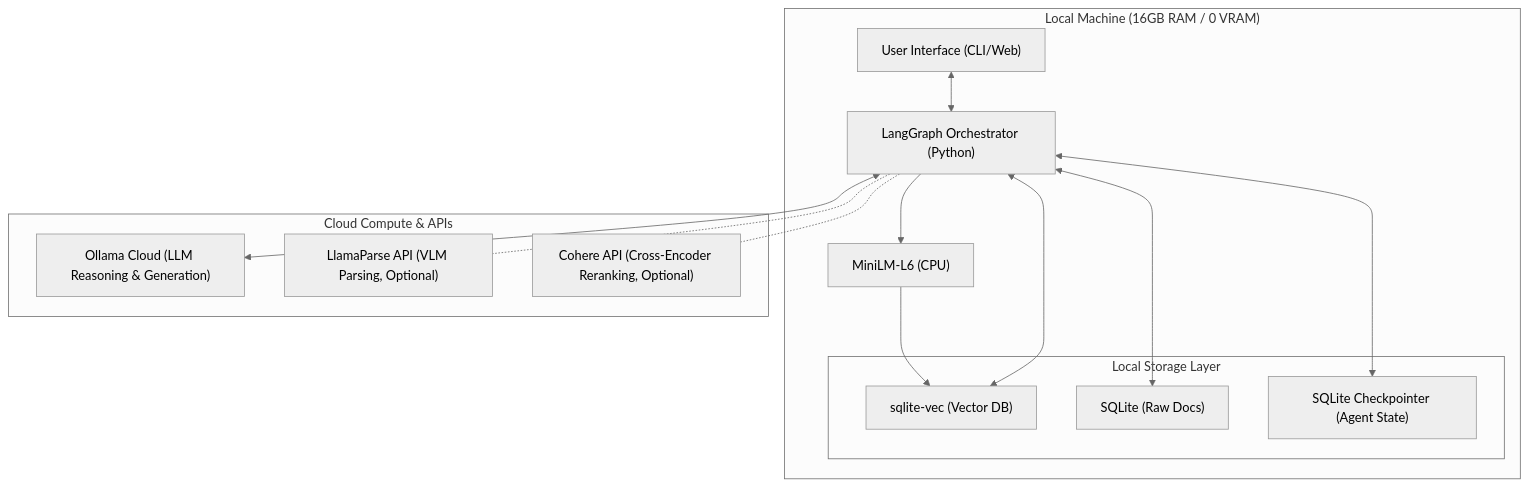
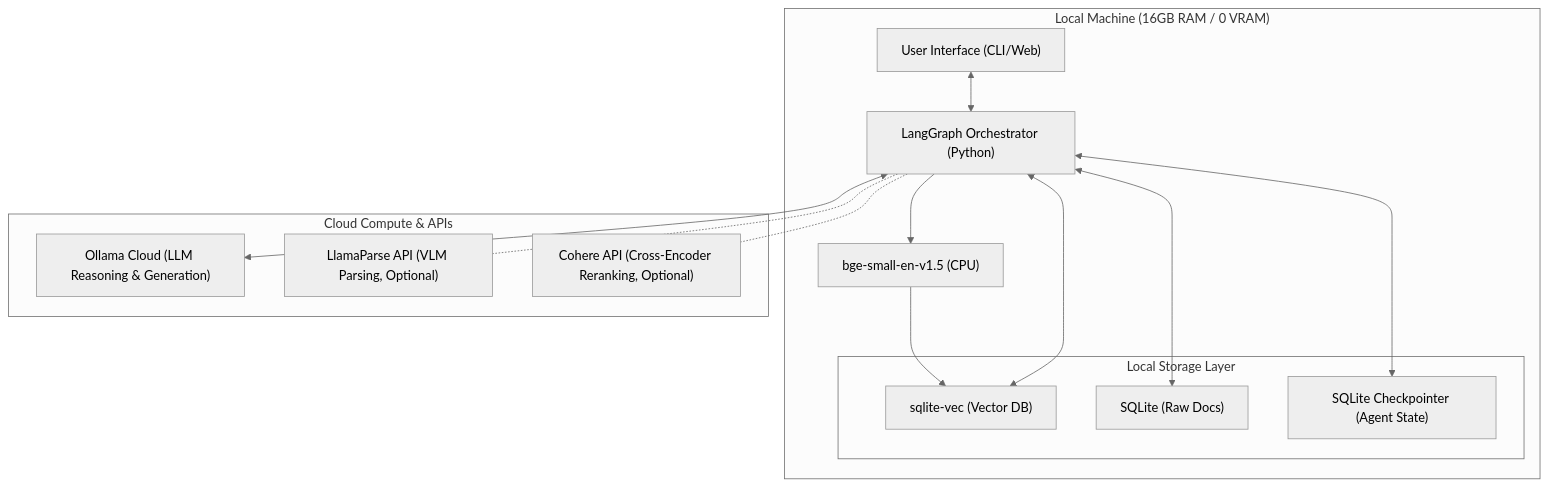
One commit to dpsdagain/RAG changed the diagram in README.md. Above: the diagram before and after it, drawn with Mermaid (neutral theme). The commit also changed other lines of this file and 5 other files, not shown here.

Commit message:
docs: update architecture to bge-small-en-v1.5 and refine reranker flow

````diff
--- a/README.md
+++ b/README.md
@@ -29,31 +29,31 @@
 ```mermaid
 graph TD
     subgraph "Local Machine (16GB RAM / 0 VRAM)"
         UI["User Interface (CLI/Web)"]
         Orchestrator["LangGraph Orchestrator (Python)"]
-        LocalEmbed["MiniLM-L6 (CPU)"]
+        LocalEmbed["bge-small-en-v1.5 (CPU)"]
         
         subgraph "Local Storage Layer"
             VecDB["sqlite-vec (Vector DB)"]
             DocStore["SQLite (Raw Docs)"]
             StateDB["SQLite Checkpointer (Agent State)"]
         end
     end
 
     subgraph "Cloud Compute & APIs"
         Ollama["Ollama Cloud (LLM Reasoning & Generation)"]
         LlamaParse["LlamaParse API (VLM Parsing, Optional)"]
         Cohere["Cohere API (Cross-Encoder Reranking, Optional)"]
     end
 
     UI <--> Orchestrator
     Orchestrator --> LocalEmbed
     LocalEmbed --> VecDB
     Orchestrator <--> VecDB
     Orchestrator <--> DocStore
     Orchestrator <--> StateDB
 
     Orchestrator <--> Ollama
     Orchestrator -.- LlamaParse
     Orchestrator -.- Cohere
 ```
````
